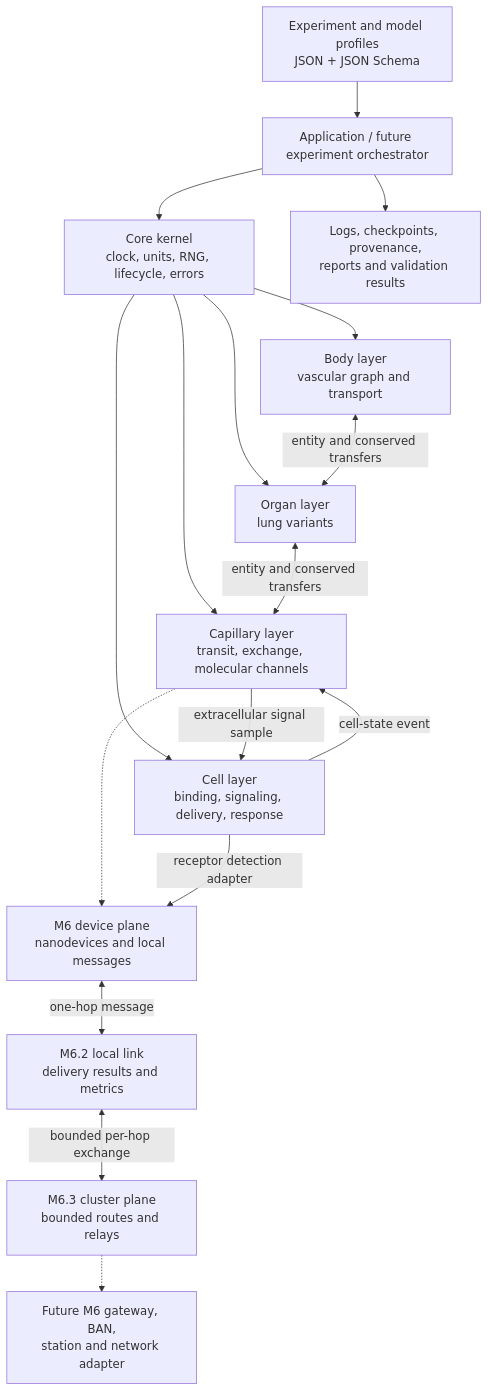
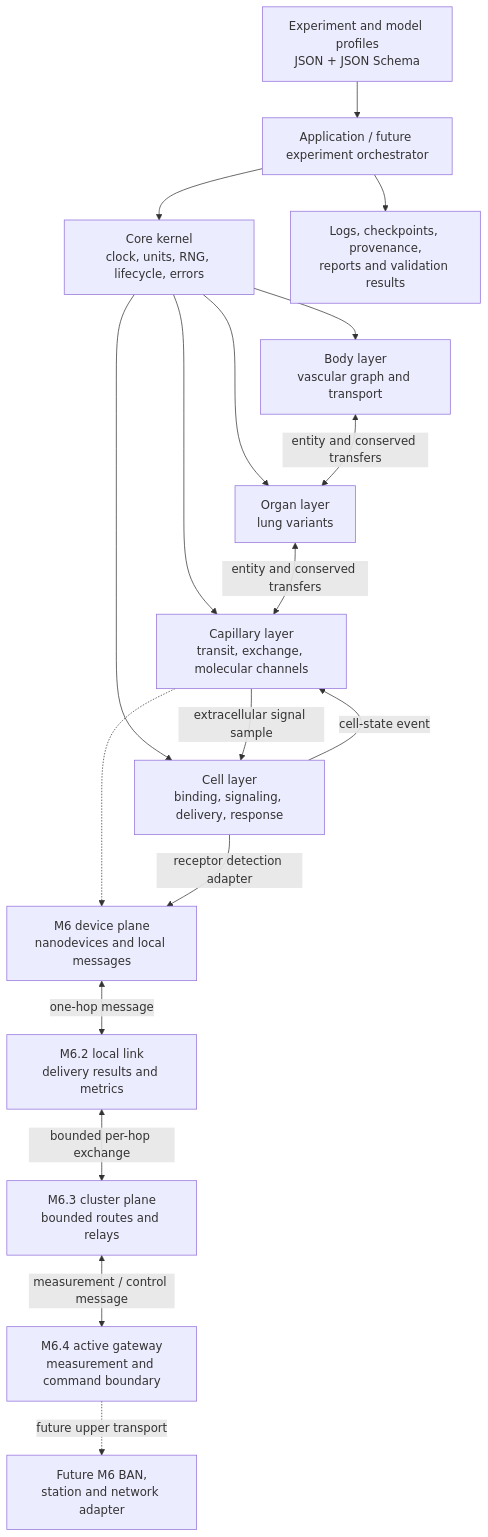
Before and after one commit to RegineWendt/MEHLISSA: the first of 2 diagrams in docs/architecture/SOFTWARE_ARCHITECTURE.md, drawn with Mermaid. The commit also changed other lines of this file and 30 other files, not shown here.

Commit message:
Add M6.4 active gateway communication

````diff
--- a/docs/architecture/SOFTWARE_ARCHITECTURE.md
+++ b/docs/architecture/SOFTWARE_ARCHITECTURE.md
@@ -35,32 +35,34 @@
 ```mermaid
 flowchart TB
     Manifest[Experiment and model profiles<br/>JSON + JSON Schema]
     Runner[Application / future experiment orchestrator]
     Kernel[Core kernel<br/>clock, units, RNG, lifecycle, errors]
     Body[Body layer<br/>vascular graph and transport]
     Organ[Organ layer<br/>lung variants]
     Capillary[Capillary layer<br/>transit, exchange, molecular channels]
     Cell[Cell layer<br/>binding, signaling, delivery, response]
     IoT[M6 device plane<br/>nanodevices and local messages]
     LocalLink[M6.2 local link<br/>delivery results and metrics]
     Cluster[M6.3 cluster plane<br/>bounded routes and relays]
-    External[Future M6 gateway, BAN,<br/>station and network adapter]
+    Gateway[M6.4 active gateway<br/>measurement and command boundary]
+    External[Future M6 BAN,<br/>station and network adapter]
     Evidence[Logs, checkpoints, provenance,<br/>reports and validation results]
 
     Manifest --> Runner
     Runner --> Kernel
     Kernel --> Body
     Kernel --> Organ
     Kernel --> Capillary
     Kernel --> Cell
     Body <-->|entity and conserved transfers| Organ
     Organ <-->|entity and conserved transfers| Capillary
     Capillary -->|extracellular signal sample| Cell
     Cell -->|cell-state event| Capillary
     Capillary -.-> IoT
     Cell -->|receptor detection adapter| IoT
     IoT <-->|one-hop message| LocalLink
     LocalLink <-->|bounded per-hop exchange| Cluster
-    Cluster -.-> External
+    Cluster <-->|measurement / control message| Gateway
+    Gateway -.->|future upper transport| External
     Runner --> Evidence
 ```
````
